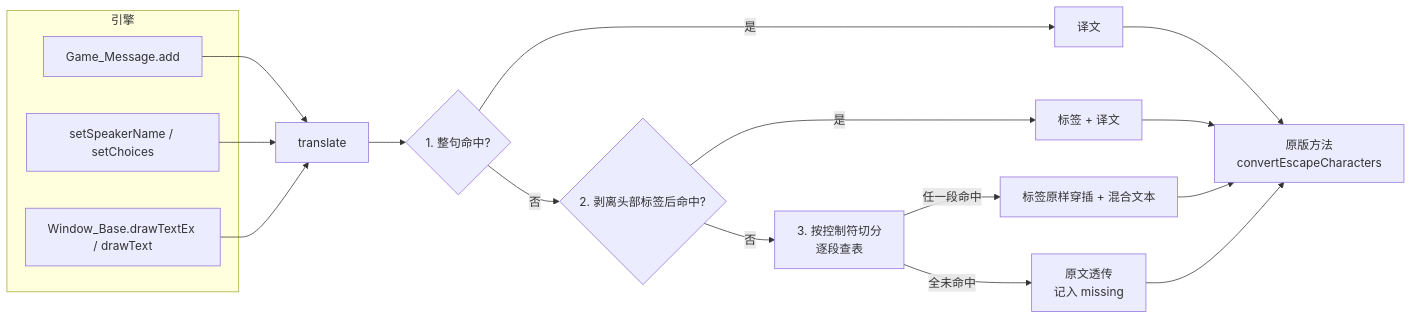
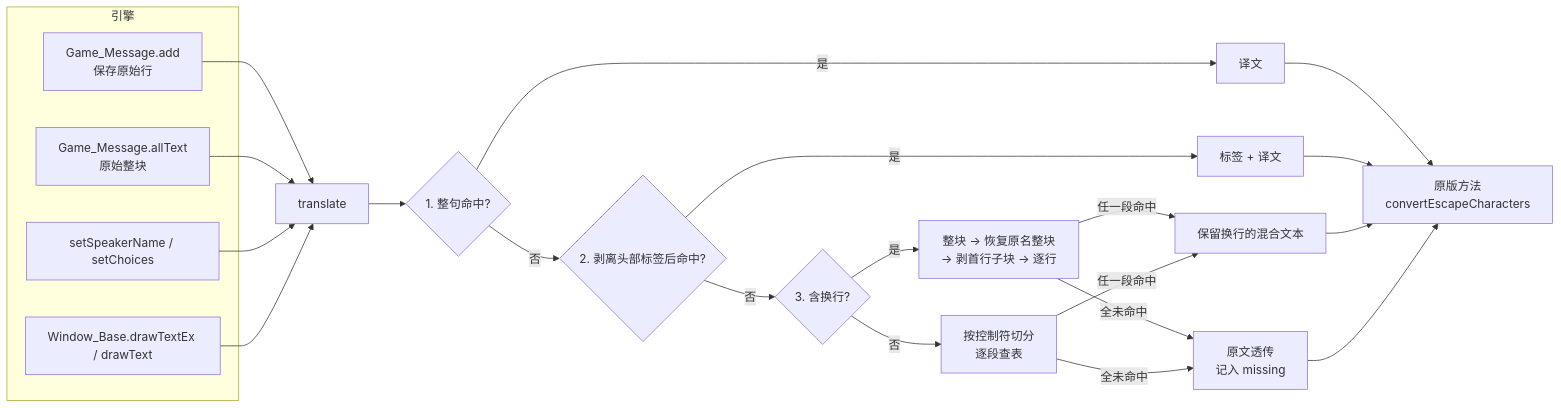
Before and after one commit to amro01/RPGM_QuickTranslator: the first of 2 diagrams in PITFALLS.md, drawn with Mermaid. The commit also changed other lines of this file and 4 other files, not shown here.

````diff
--- a/PITFALLS.md
+++ b/PITFALLS.md
@@ -28,22 +28,28 @@
 ```mermaid
 flowchart LR
     subgraph 引擎
-        A1[Game_Message.add]
+        A1[Game_Message.add<br/>保存原始行]
+        A4[Game_Message.allText<br/>原始整块]
         A2[setSpeakerName / setChoices]
         A3[Window_Base.drawTextEx / drawText]
     end
     A1 --> T[translate]
+    A4 --> T
     A2 --> T
     A3 --> T
     T --> S1{1. 整句命中?}
     S1 -- 是 --> R[译文]
     S1 -- 否 --> S2{2. 剥离头部标签后命中?}
     S2 -- 是 --> R2[标签 + 译文]
-    S2 -- 否 --> S3[3. 按控制符切分<br/>逐段查表]
-    S3 -- 任一段命中 --> R3[标签原样穿插 + 混合文本]
-    S3 -- 全未命中 --> M[原文透传<br/>记入 missing]
+    S2 -- 否 --> S3{3. 含换行?}
+    S3 -- 是 --> S4[整块 → 恢复原名整块<br/>→ 剥首行子块 → 逐行]
+    S3 -- 否 --> S5[按控制符切分<br/>逐段查表]
+    S4 -- 任一段命中 --> R3[保留换行的混合文本]
+    S5 -- 任一段命中 --> R3
+    S4 -- 全未命中 --> M[原文透传<br/>记入 missing]
+    S5 -- 全未命中 --> M
     R --> C[原版方法<br/>convertEscapeCharacters]
     R2 --> C
     R3 --> C
     M --> C
 ```
````
